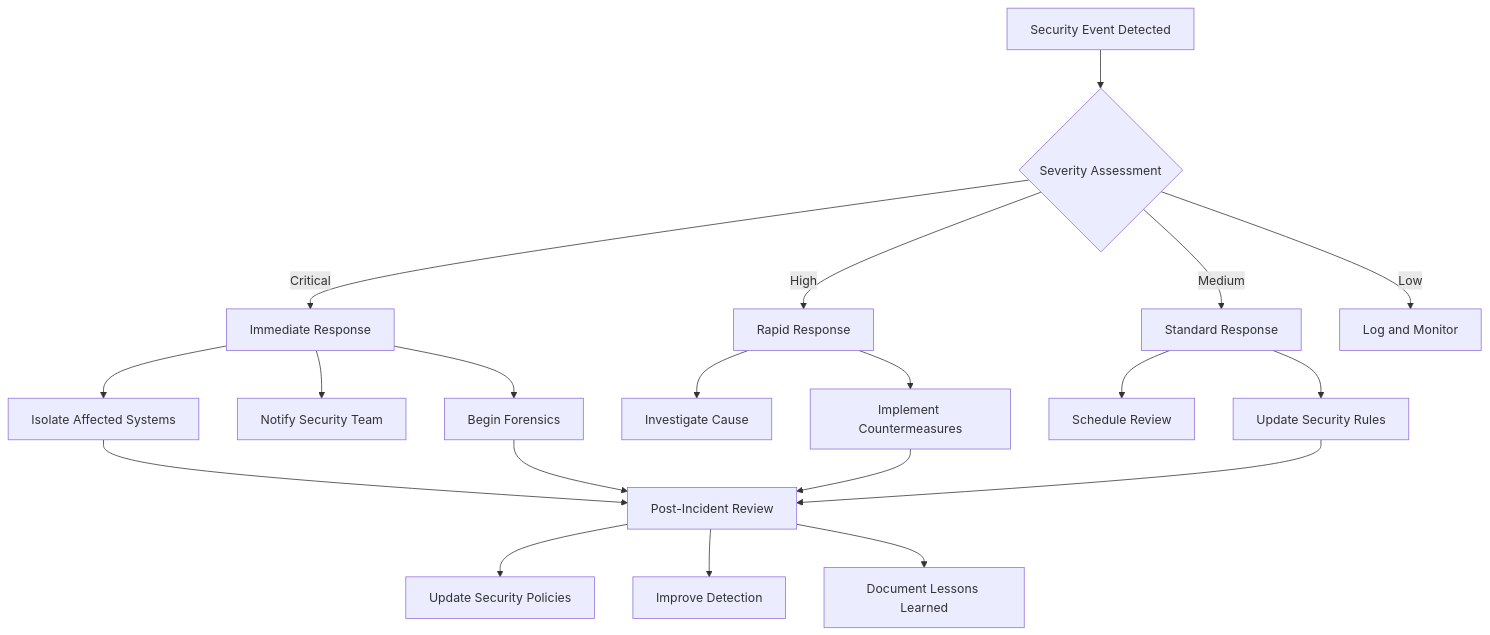
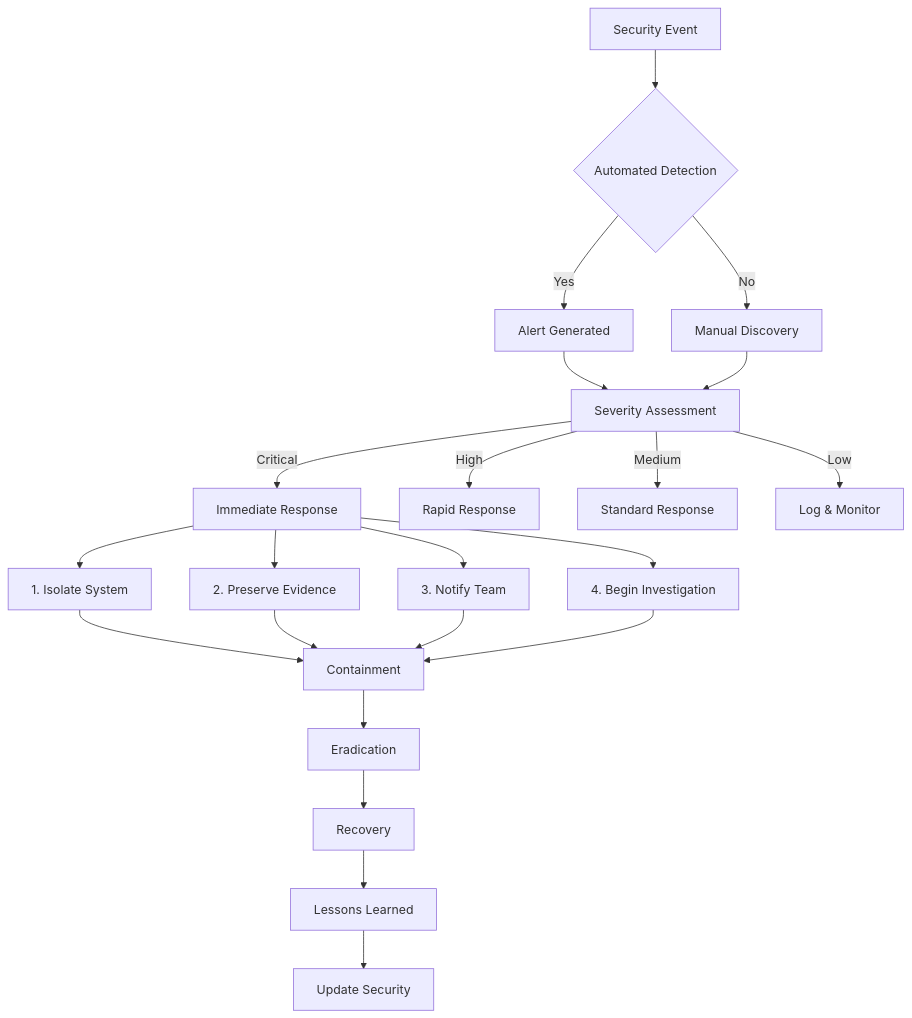
The third of 3 diagrams in SECURITY.md (roguedev-ai/kasm-mcp-server-v2), drawn with Mermaid before and after one commit. The commit also changed other lines of this file and 6 other files, not shown here.

````diff
--- a/SECURITY.md
+++ b/SECURITY.md
@@ -515,27 +583,29 @@
 ```mermaid
 flowchart TD
-    A[Security Event Detected] --> B{Severity Assessment}
-    B -->|Critical| C[Immediate Response]
-    B -->|High| D[Rapid Response]
-    B -->|Medium| E[Standard Response]
-    B -->|Low| F[Log and Monitor]
+    A[Security Event] --> B{Automated Detection}
+    B -->|Yes| C[Alert Generated]
+    B -->|No| D[Manual Discovery]
     
-    C --> G[Isolate Affected Systems]
-    C --> H[Notify Security Team]
-    C --> I[Begin Forensics]
+    C --> E[Severity Assessment]
+    D --> E
     
-    D --> J[Investigate Cause]
-    D --> K[Implement Countermeasures]
+    E -->|Critical| F[Immediate Response]
+    E -->|High| G[Rapid Response]
+    E -->|Medium| H[Standard Response]
+    E -->|Low| I[Log & Monitor]
     
-    E --> L[Schedule Review]
-    E --> M[Update Security Rules]
+    F --> J[1. Isolate System]
+    F --> K[2. Preserve Evidence]
+    F --> L[3. Notify Team]
+    F --> M[4. Begin Investigation]
     
-    G --> N[Post-Incident Review]
-    I --> N
+    J --> N[Containment]
     K --> N
+    L --> N
     M --> N
     
-    N --> O[Update Security Policies]
-    N --> P[Improve Detection]
-    N --> Q[Document Lessons Learned]
+    N --> O[Eradication]
+    O --> P[Recovery]
+    P --> Q[Lessons Learned]
+    Q --> R[Update Security]
 ```
````
